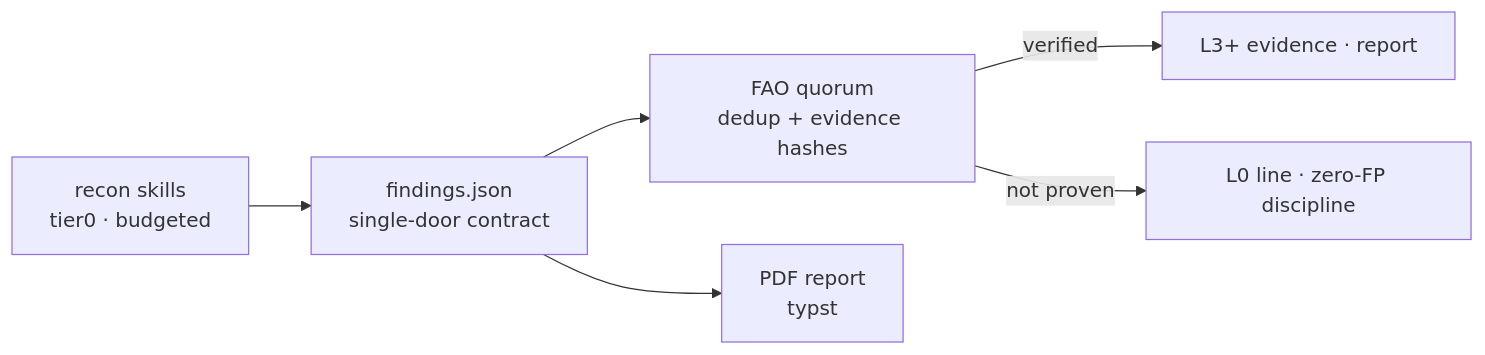
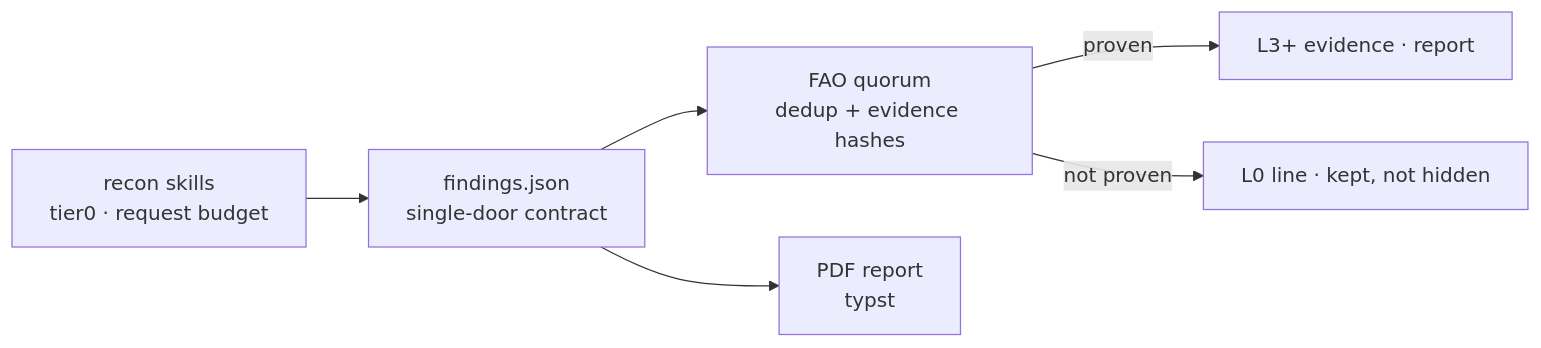
One commit to maulanawirawan/cyphron changed the diagram in README.md. Above: the diagram before and after it, drawn with Mermaid. The commit also changed other lines of this file and 5 other files, not shown here.

````diff
--- a/README.md
+++ b/README.md
@@ -51,8 +55,8 @@
 ```mermaid
 flowchart LR
-    A[recon skills<br/>tier0 · budgeted] --> B[findings.json<br/>single-door contract]
+    A[recon skills<br/>tier0 · request budget] --> B[findings.json<br/>single-door contract]
     B --> C[FAO quorum<br/>dedup + evidence hashes]
-    C -->|verified| E[L3+ evidence · report]
-    C -->|not proven| F[L0 line · zero-FP discipline]
+    C -->|proven| E[L3+ evidence · report]
+    C -->|not proven| F[L0 line · kept, not hidden]
     B --> G[PDF report<br/>typst]
 ```
````
